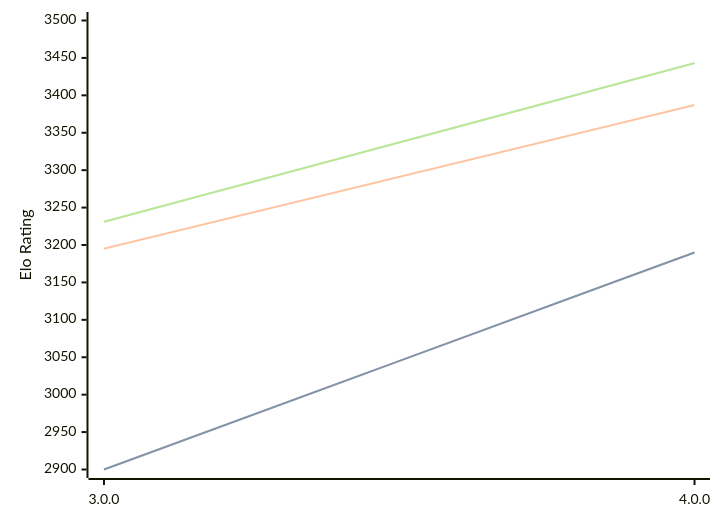
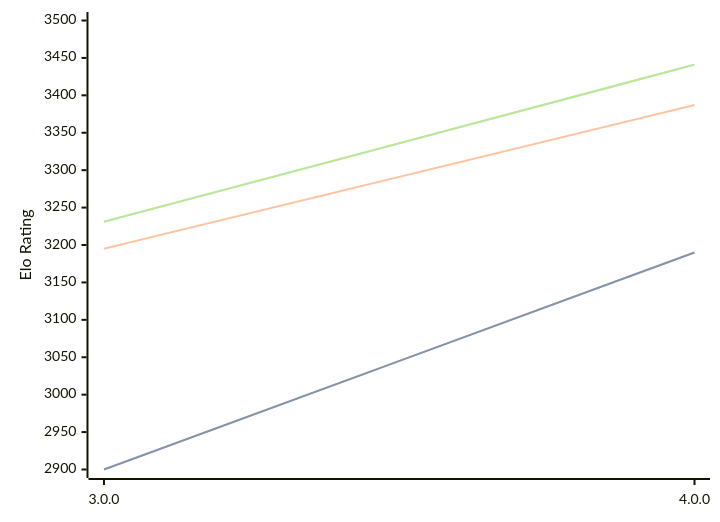
Before and after one commit to computer-chess-index/cci: the diagram in engines/Avalanche.md, drawn with Mermaid. The commit also changed other lines of this file, not shown here.

Commit message:
Update CCI Ratings (ELO VLTC) - 2026-09-15

````diff
--- a/engines/Avalanche.md
+++ b/engines/Avalanche.md
@@ -32,11 +32,11 @@
 ```mermaid
 %%{init: {"theme":"base","themeVariables":{"seriesColors:['#a3a3a3','#222221','#faa371']}}}%%
 xychart-beta
   x-axis ["3.0.0", "4.0.0"]
   y-axis "Elo Rating" 2900 --> 3500
   line "" [2900, 3190]
   line "STC (8.0+0.08s)" [2900, 3190]
   line "LTC (60.0+0.60s)" [3195, 3387]
-  line "" [3231, 3443]
-  line "VLTC (2m24s+1.12s)" [3231, 3443]
+  line "" [3231, 3441]
+  line "VLTC (2m24s+1.12s)" [3231, 3441]
 ```
````
